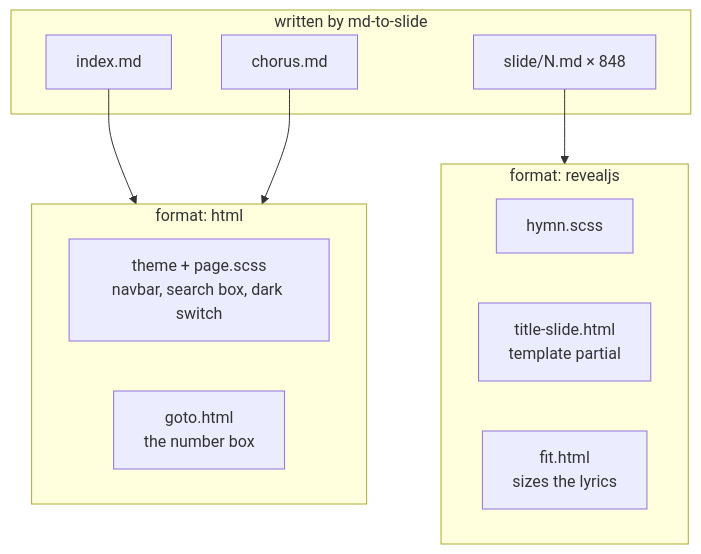
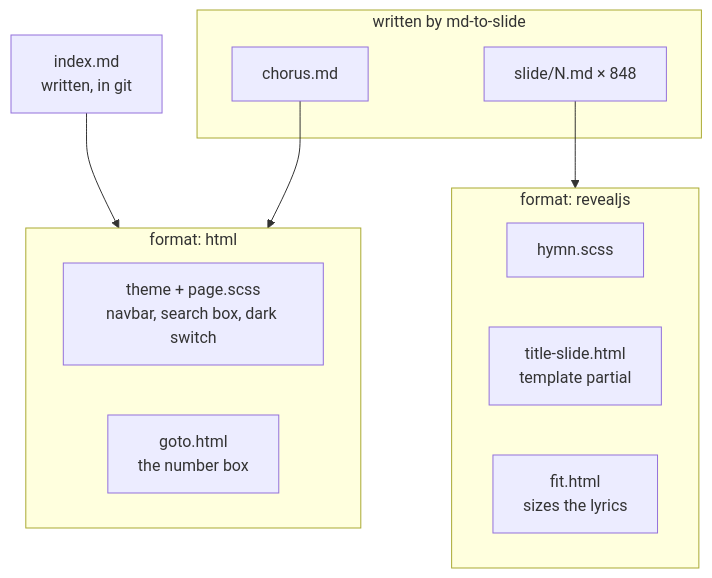
Before and after one commit to ickc/selected-hymns-ng: the second of 2 diagrams in DEVELOPER.md, drawn with Mermaid. The commit also changed other lines of this file and 6 other files, not shown here.

````diff
--- a/DEVELOPER.md
+++ b/DEVELOPER.md
@@ -74,23 +72,24 @@
 ```mermaid
 flowchart TD
+  idx["index.md<br/>written, in git"]
+
   subgraph gen["written by md-to-slide"]
-    idx["index.md"]
     chr["chorus.md"]
     dck["slide/N.md × 848"]
   end
 
   subgraph fmt_html["format: html"]
     theme["theme + page.scss<br/>navbar, search box, dark switch"]
     goto["goto.html<br/>the number box"]
   end
 
   subgraph fmt_reveal["format: revealjs"]
     scss["hymn.scss"]
     tsl["title-slide.html<br/>template partial"]
     fit["fit.html<br/>sizes the lyrics"]
   end
 
   idx --> fmt_html
   chr --> fmt_html
   dck --> fmt_reveal
 ```
````
